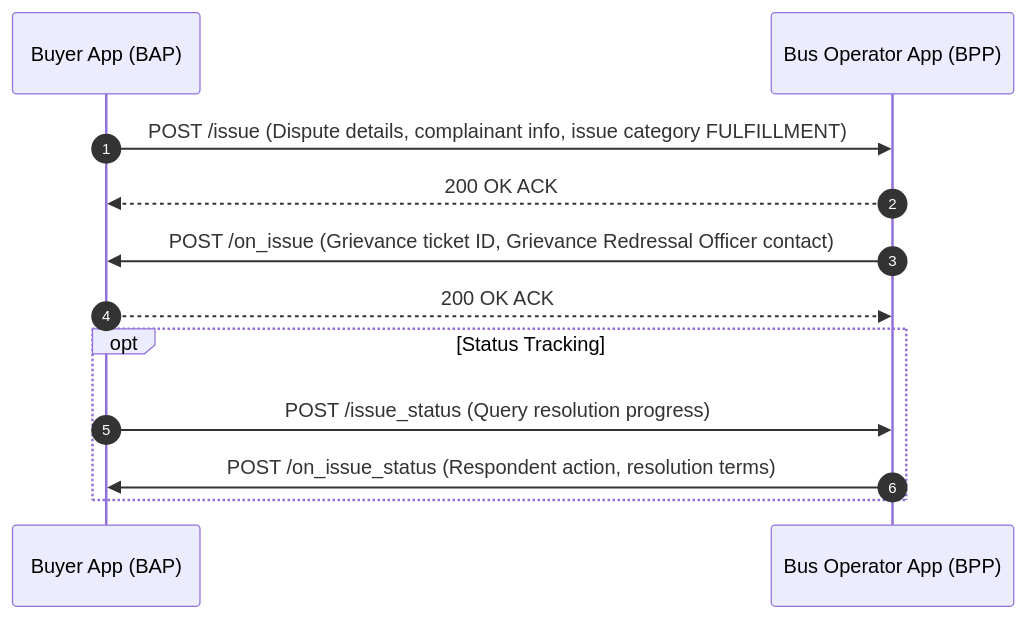
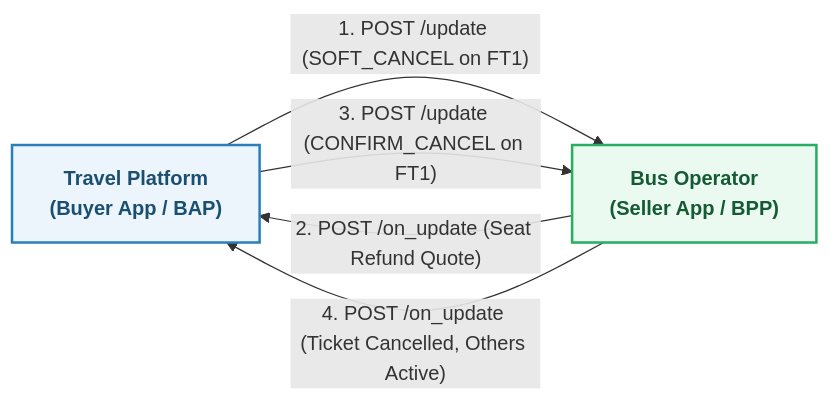
Before and after one commit to ONDC-Official/automation-specifications: the fourth of 5 diagrams in config/docs/intercity.md, drawn with Mermaid. The commit also changed other lines of this file and 1 other file, not shown here.

````diff
--- a/config/docs/intercity.md
+++ b/config/docs/intercity.md
@@ -428,16 +345,13 @@
 ```mermaid
-sequenceDiagram
-    autonumber
-    participant BAP as Buyer App (BAP)
-    participant BPP as Bus Operator App (BPP)
-    
-    BAP->>BPP: POST /issue (Dispute details, complainant info, issue category FULFILLMENT)
-    BPP-->>BAP: 200 OK ACK
-    BPP->>BAP: POST /on_issue (Grievance ticket ID, Grievance Redressal Officer contact)
-    BAP-->>BPP: 200 OK ACK
+flowchart LR
+    classDef client fill:#EBF5FB,stroke:#2980B9,stroke-width:2px,color:#1B4F72,font-weight:bold;
+    classDef provider fill:#EAFAF1,stroke:#27AE60,stroke-width:2px,color:#145A32,font-weight:bold;
 
-    opt Status Tracking
-        BAP->>BPP: POST /issue_status (Query resolution progress)
-        BPP->>BAP: POST /on_issue_status (Respondent action, resolution terms)
-    end
+    BAP["Travel Platform<br/>(Buyer App / BAP)"]:::client
+    BPP["Bus Operator<br/>(Seller App / BPP)"]:::provider
+
+    BAP -->|"1. POST /update (SOFT_CANCEL on FT1)"| BPP
+    BPP -->|"2. POST /on_update (Seat Refund Quote)"| BAP
+    BAP -->|"3. POST /update (CONFIRM_CANCEL on FT1)"| BPP
+    BPP -->|"4. POST /on_update (Ticket Cancelled, Others Active)"| BAP
 ```
````
